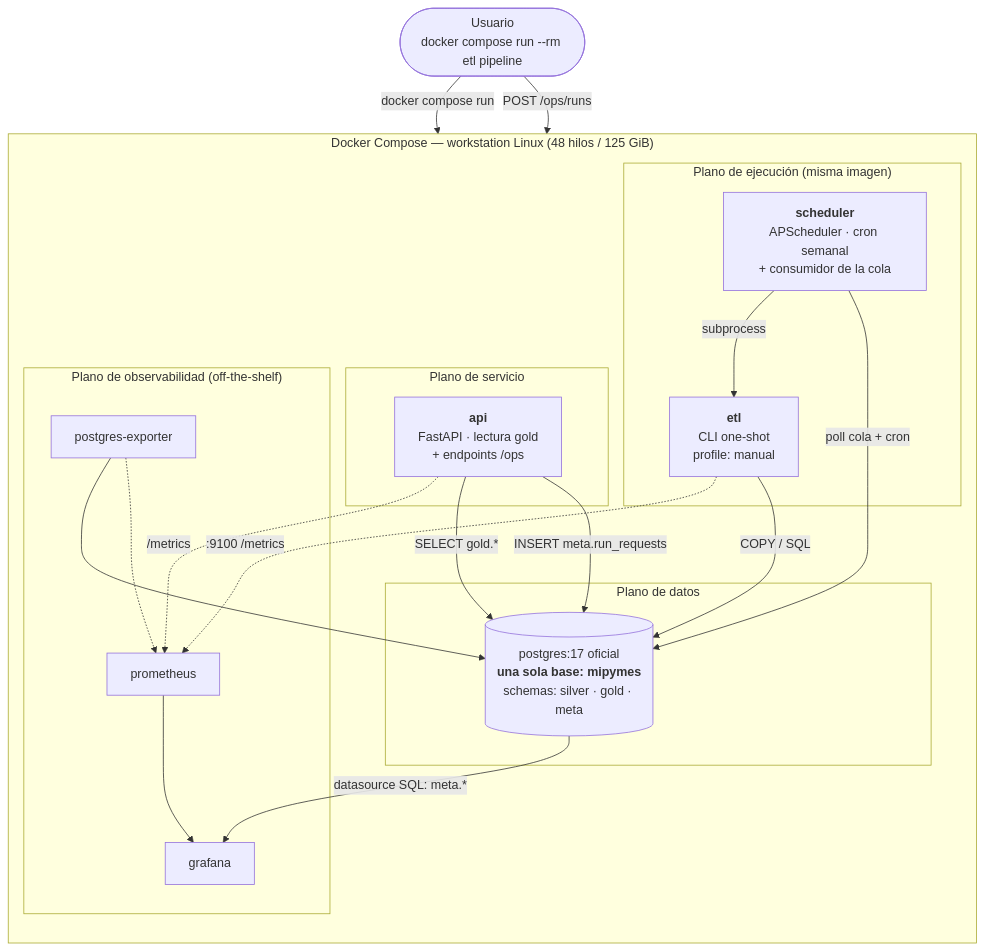
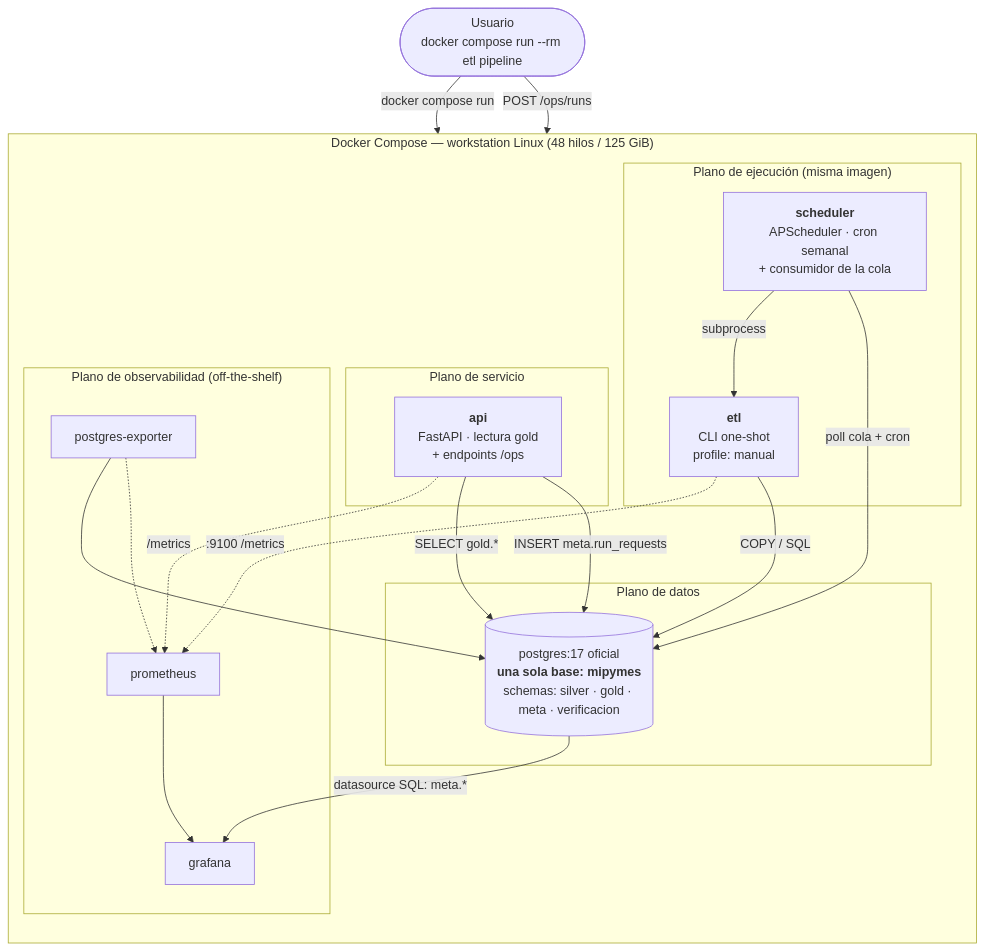
The diagram in arquitectura.md (MoustachedBird/tesis-maestria-etl), drawn with Mermaid before and after one commit. The commit also changed other lines of this file and 4 other files, not shown here.

First line of the commit message:
Docs: la verificacion del cierre, el cuarto schema y la primera tanda de gold

````diff
--- a/arquitectura.md
+++ b/arquitectura.md
@@ -91,40 +91,40 @@
 ```mermaid
 flowchart TB
     subgraph host["Docker Compose — workstation Linux (48 hilos / 125 GiB)"]
         direction TB
 
         subgraph datos["Plano de datos"]
-            PG[("postgres:17 oficial<br/><b>una sola base: mipymes</b><br/>schemas: silver · gold · meta")]
+            PG[("postgres:17 oficial<br/><b>una sola base: mipymes</b><br/>schemas: silver · gold · meta · verificacion")]
         end
 
         subgraph trabajo["Plano de ejecución (misma imagen)"]
             SCHED["<b>scheduler</b><br/>APScheduler · cron semanal<br/>+ consumidor de la cola"]
             ETL["<b>etl</b><br/>CLI one-shot<br/>profile: manual"]
         end
 
         subgraph servicio["Plano de servicio"]
             API["<b>api</b><br/>FastAPI · lectura gold<br/>+ endpoints /ops"]
         end
 
         subgraph obs["Plano de observabilidad (off-the-shelf)"]
             PROM["prometheus"]
             GRAF["grafana"]
             PGEXP["postgres-exporter"]
         end
     end
 
     USER(["Usuario<br/>docker compose run --rm etl pipeline"]) -->|docker compose run| ETL
     USER -->|POST /ops/runs| API
     API -->|INSERT meta.run_requests| PG
     SCHED -->|poll cola + cron| PG
     SCHED -->|subprocess| ETL
     ETL -->|COPY / SQL| PG
     API -->|SELECT gold.*| PG
 
     ETL -.->|:9100 /metrics| PROM
     API -.->|/metrics| PROM
     PGEXP -.-> PROM
     PGEXP --> PG
     PROM --> GRAF
     PG -->|datasource SQL: meta.*| GRAF
 ```
````
